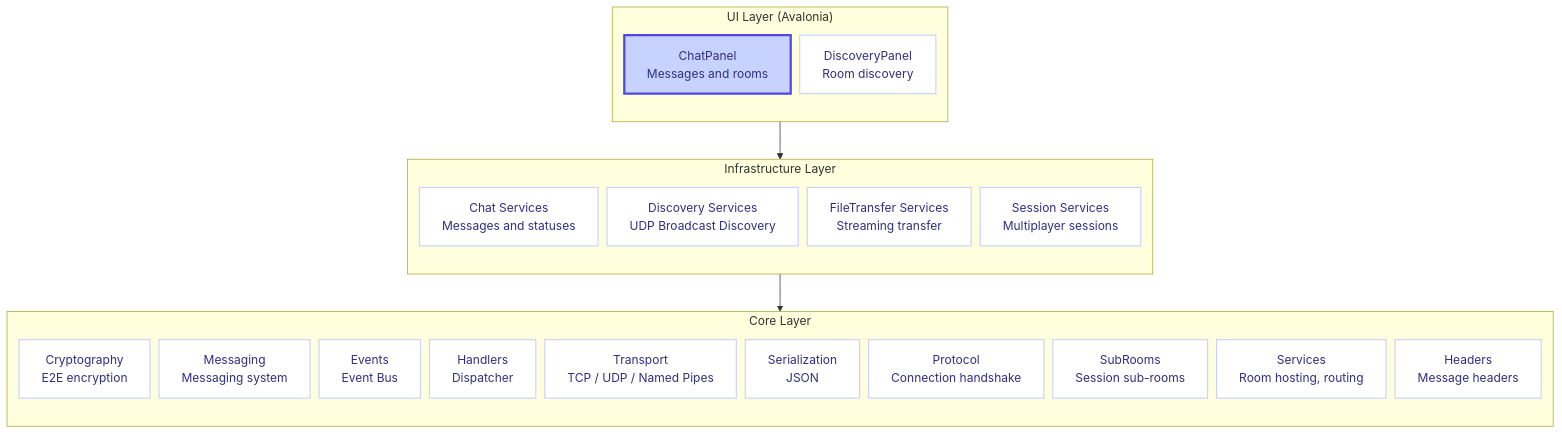
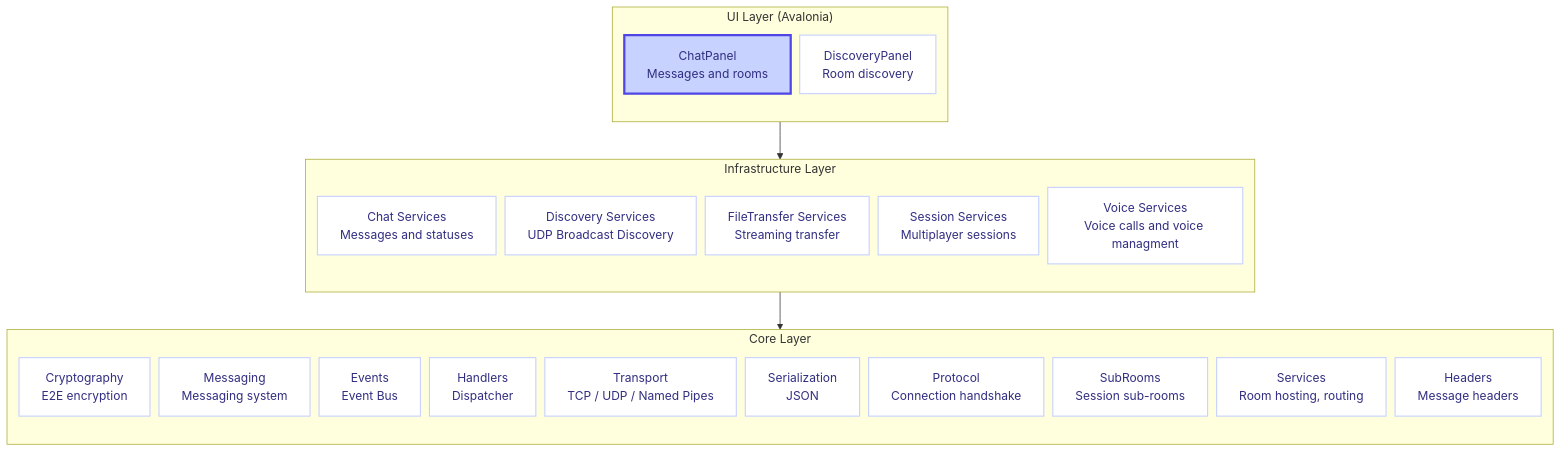
One commit to CasCadeVR/MIN changed the first of 5 diagrams in README.md. Above: the diagram before and after it, drawn with Mermaid. The commit also changed other lines of this file and 196 other files, not shown here.

````diff
--- a/README.md
+++ b/README.md
@@ -68,46 +70,47 @@
 ```mermaid
 flowchart TB
     %%{init: {'flowchart': {'nodeSpacing': 12}}}%%
     classDef uiLayer fill:#dbeafe,stroke:#3b82f6,stroke-width:2px,color:#1e40af
     classDef infraLayer fill:#e0e7ff,stroke:#4f46e5,stroke-width:2px,color:#3730a3
     classDef coreLayer fill:#ede9fe,stroke:#7c3aed,stroke-width:2px,color:#5b21b6
     classDef component fill:#ffffff,stroke:#c7d2fe,stroke-width:1.5px,color:#312e81
     classDef highlight fill:#c7d2fe,stroke:#4f46e5,stroke-width:3px,color:#312e81
     
     subgraph UI["UI Layer (Avalonia)"]
         direction TB
         A["ChatPanel<br>Messages and rooms"]
         B["DiscoveryPanel<br>Room discovery"]
     end
     
     subgraph INF["Infrastructure Layer"]
         direction TB
         C["Chat Services<br>Messages and statuses"]
         D["Discovery Services<br>UDP Broadcast Discovery"]
         E["FileTransfer Services<br>Streaming transfer"]
         F["Session Services<br>Multiplayer sessions"]
+        V["Voice Services<br>Voice calls and voice managment"]
     end
     
     subgraph CORE["Core Layer"]
         direction TB
         G["Cryptography<br>E2E encryption"]
         H["Messaging<br>Messaging system"]
         I["Events<br>Event Bus"]
         J["Handlers<br>Dispatcher"]
         K["Transport<br>TCP / UDP / Named Pipes"]
         L["Serialization<br>JSON"]
         M["Protocol<br>Connection handshake"]
         N["SubRooms<br>Session sub-rooms"]
         O["Services<br>Room hosting, routing"]
         P["Headers<br>Message headers"]
     end
     
     class A highlight;
-    class B,C,D,E,F,G,H,I,J,K,L,M,N,O,P component
+    class B,C,D,E,F,V,G,H,I,J,K,L,M,N,O,P component
     class UI uiLayer;
     class INF infraLayer;
     class CORE coreLayer
     
     UI --> INF
     INF --> CORE
 ```
````
